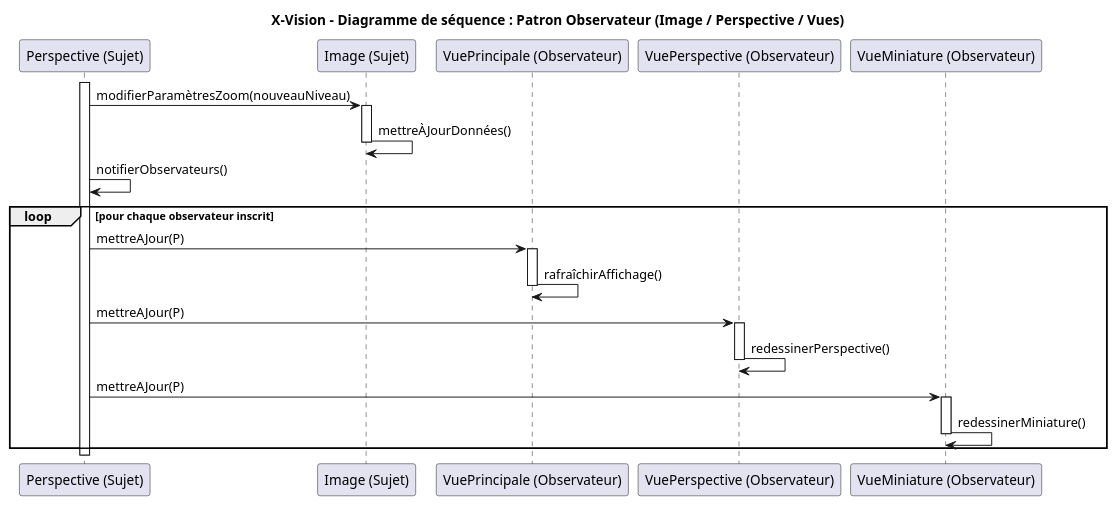
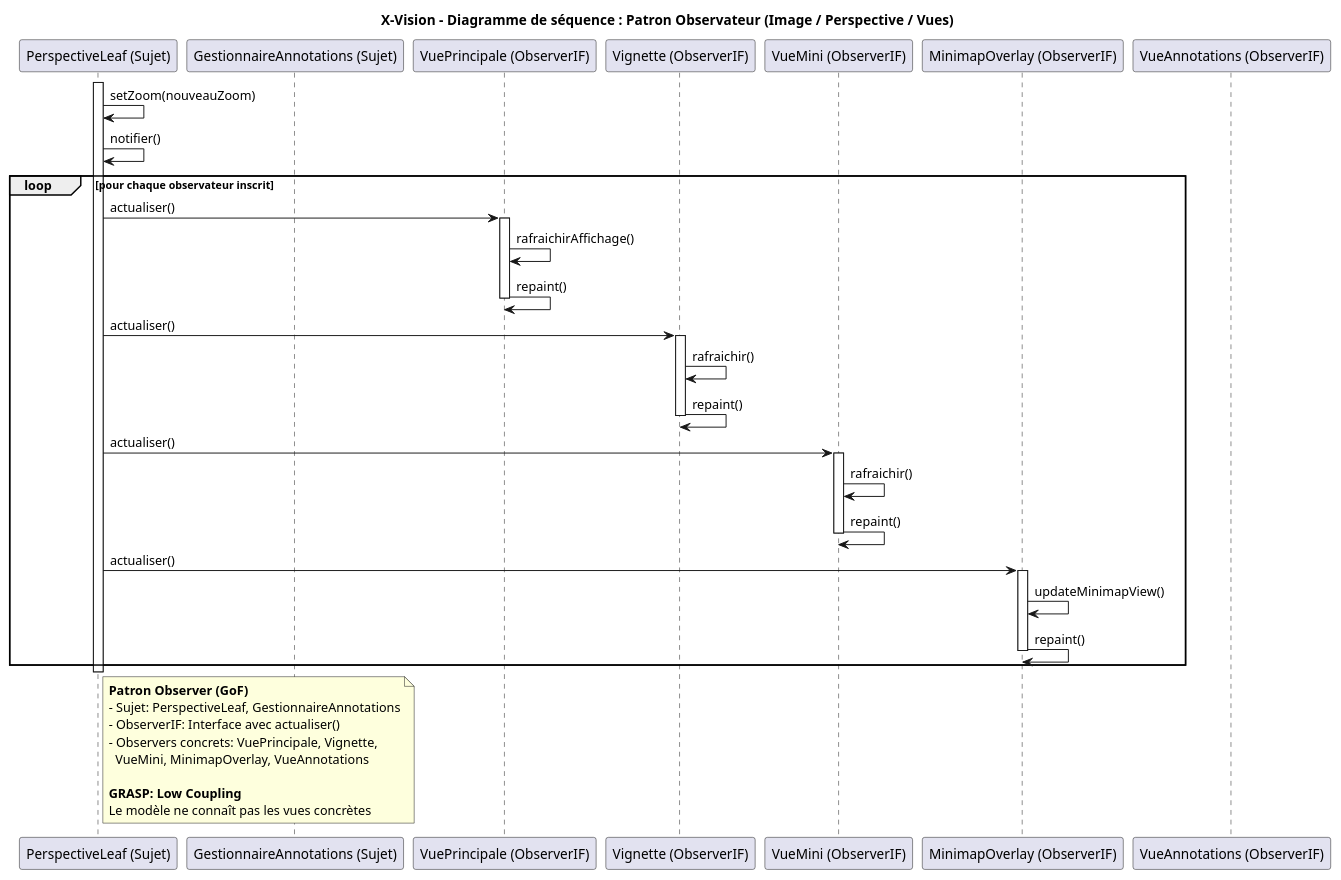
One commit to antoinemailhot/X-Vision changed the diagram in docs/diagramme_observer.puml. Above: the diagram before and after it, drawn with PlantUML. The commit also changed 29 other files, not shown here.

```diff
--- a/docs/diagramme_observer.puml
+++ b/docs/diagramme_observer.puml
@@ -1,55 +1,74 @@
 @startuml
 ' =====================================================
 ' DIAGRAMME DE SÉQUENCE - PATRON OBSERVATEUR
 ' Projet : X-Vision
 ' Auteur : Antoine Mailhot & Micaël Racine-Leblanc 
 ' Description : Synchronisation des vues après une modification
 '               du modèle (Image/Perspective)
 ' =====================================================
 
 title X-Vision - Diagramme de séquence : Patron Observateur (Image / Perspective / Vues)
 
-participant "Perspective (Sujet)" as P
-participant "Image (Sujet)" as I
-participant "VuePrincipale (Observateur)" as V
-participant "VuePerspective (Observateur)" as VP
-participant "VueMiniature (Observateur)" as VM
+participant "PerspectiveLeaf (Sujet)" as P
+participant "GestionnaireAnnotations (Sujet)" as GA
+participant "VuePrincipale (ObserverIF)" as VP
+participant "Vignette (ObserverIF)" as VT
+participant "VueMini (ObserverIF)" as VM
+participant "MinimapOverlay (ObserverIF)" as MM
+participant "VueAnnotations (ObserverIF)" as VA
 
 ' =====================================================
 ' SCÉNARIO : Mise à jour de la perspective après un zoom
 ' =====================================================
 
 activate P
-P -> I : modifierParamètresZoom(nouveauNiveau)
-activate I
-I -> I : mettreÀJourDonnées()
-deactivate I
+P -> P : setZoom(nouveauZoom)
+P -> P : notifier()
 
 ' --- Notification des observateurs inscrits ---
-P -> P : notifierObservateurs()
 loop pour chaque observateur inscrit
-    P -> V : mettreAJour(P)
-    activate V
-    V -> V : rafraîchirAffichage()
-    deactivate V
-
-    P -> VP : mettreAJour(P)
+    P -> VP : actualiser()
     activate VP
-    VP -> VP : redessinerPerspective()
+    VP -> VP : rafraichirAffichage()
+    VP -> VP : repaint()
     deactivate VP
 
-    P -> VM : mettreAJour(P)
+    P -> VT : actualiser()
+    activate VT
+    VT -> VT : rafraichir()
+    VT -> VT : repaint()
+    deactivate VT
+
+    P -> VM : actualiser()
     activate VM
-    VM -> VM : redessinerMiniature()
+    VM -> VM : rafraichir()
+    VM -> VM : repaint()
     deactivate VM
+
+    P -> MM : actualiser()
+    activate MM
+    MM -> MM : updateMinimapView()
+    MM -> MM : repaint()
+    deactivate MM
 end
 deactivate P
 
+note right of P
+    **Patron Observer (GoF)**
+    - Sujet: PerspectiveLeaf, GestionnaireAnnotations
+    - ObserverIF: Interface avec actualiser()
+    - Observers concrets: VuePrincipale, Vignette,
+      VueMini, MinimapOverlay, VueAnnotations
+
+    **GRASP: Low Coupling**
+    Le modèle ne connaît pas les vues concrètes
+end note
+
 ' =====================================================
 ' LÉGENDE :
-'  - Perspective/Image = Sujet(s) observé(s)
-'  - VuePrincipale, VuePerspective, VueMiniature = Observateurs
-'  - Notifie() appelle mettreAJour() sur chaque vue inscrite
+'  - PerspectiveLeaf/GestionnaireAnnotations = Sujets observés
+'  - VuePrincipale, Vignette, VueMini, etc. = Observateurs
+'  - notifier() appelle actualiser() sur chaque vue inscrite
 ' =====================================================
 
 @enduml
```
